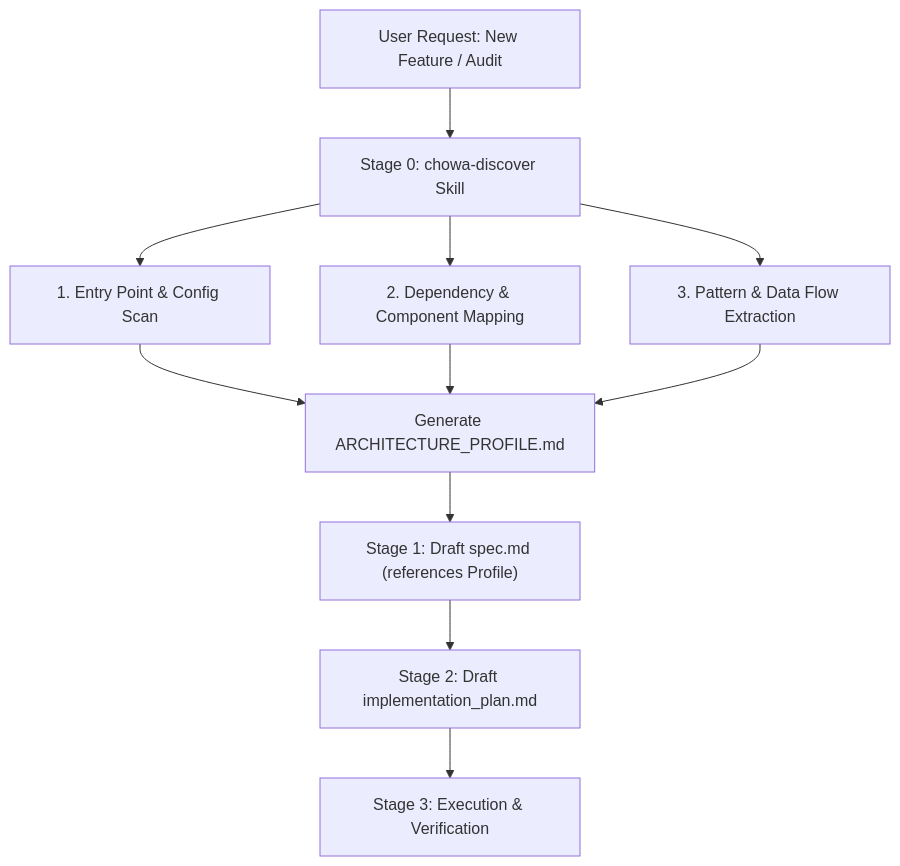
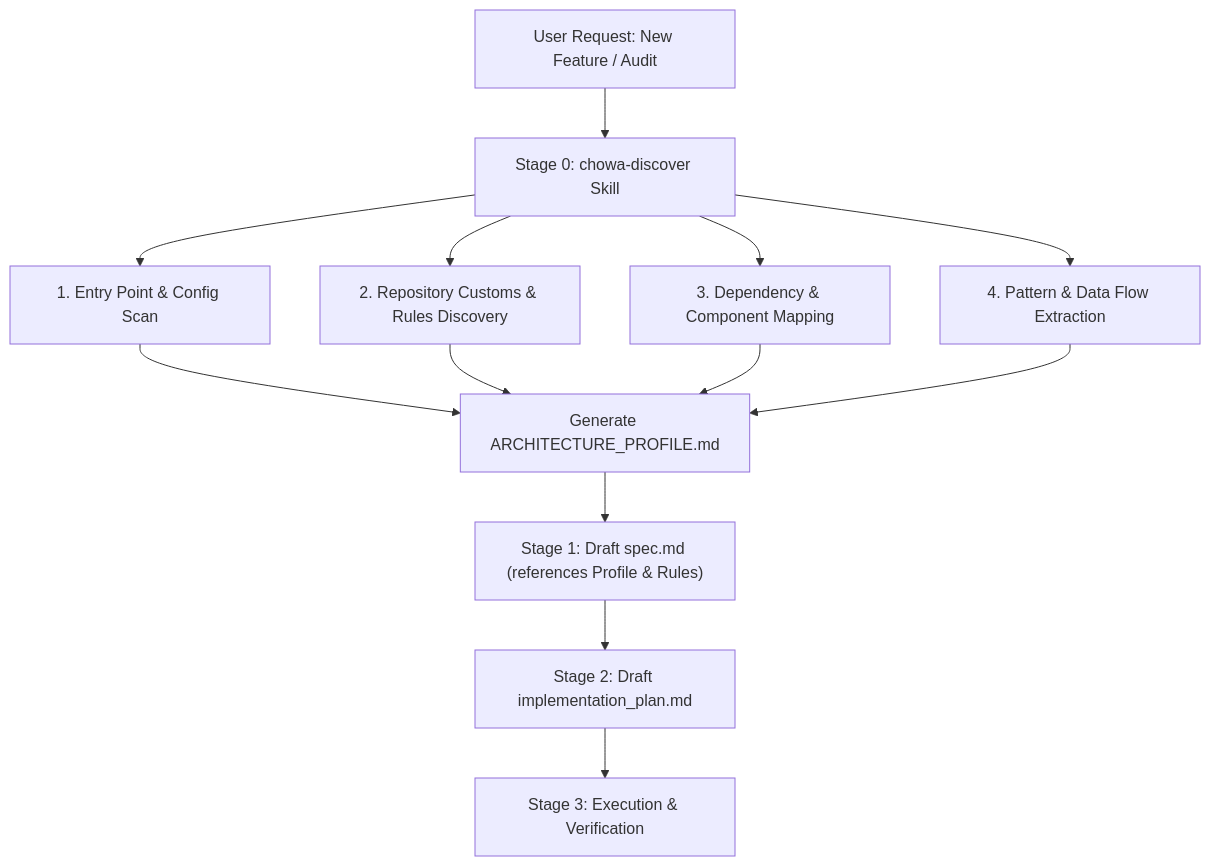
Before and after one commit to franprince/chowa: the diagram in specs/2026-08-06-reverse-engineering-skill/spec.md, drawn with Mermaid. The commit also changed other lines of this file and 2 other files, not shown here.

Commit message:
docs(chowa): include repository customs & rules discovery in chowa-discover spec

````diff
--- a/specs/2026-08-06-reverse-engineering-skill/spec.md
+++ b/specs/2026-08-06-reverse-engineering-skill/spec.md
@@ -38,11 +39,12 @@
 ```mermaid
 flowchart TD
     A["User Request: New Feature / Audit"] --> B["Stage 0: chowa-discover Skill"]
     B --> C["1. Entry Point & Config Scan"]
-    B --> D["2. Dependency & Component Mapping"]
-    B --> E["3. Pattern & Data Flow Extraction"]
-    C & D & E --> F["Generate ARCHITECTURE_PROFILE.md"]
-    F --> G["Stage 1: Draft spec.md (references Profile)"]
-    G --> H["Stage 2: Draft implementation_plan.md"]
-    H --> I["Stage 3: Execution & Verification"]
+    B --> D["2. Repository Customs & Rules Discovery"]
+    B --> E["3. Dependency & Component Mapping"]
+    B --> F["4. Pattern & Data Flow Extraction"]
+    C & D & E & F --> G["Generate ARCHITECTURE_PROFILE.md"]
+    G --> H["Stage 1: Draft spec.md (references Profile & Rules)"]
+    H --> I["Stage 2: Draft implementation_plan.md"]
+    I --> J["Stage 3: Execution & Verification"]
 ```
````
